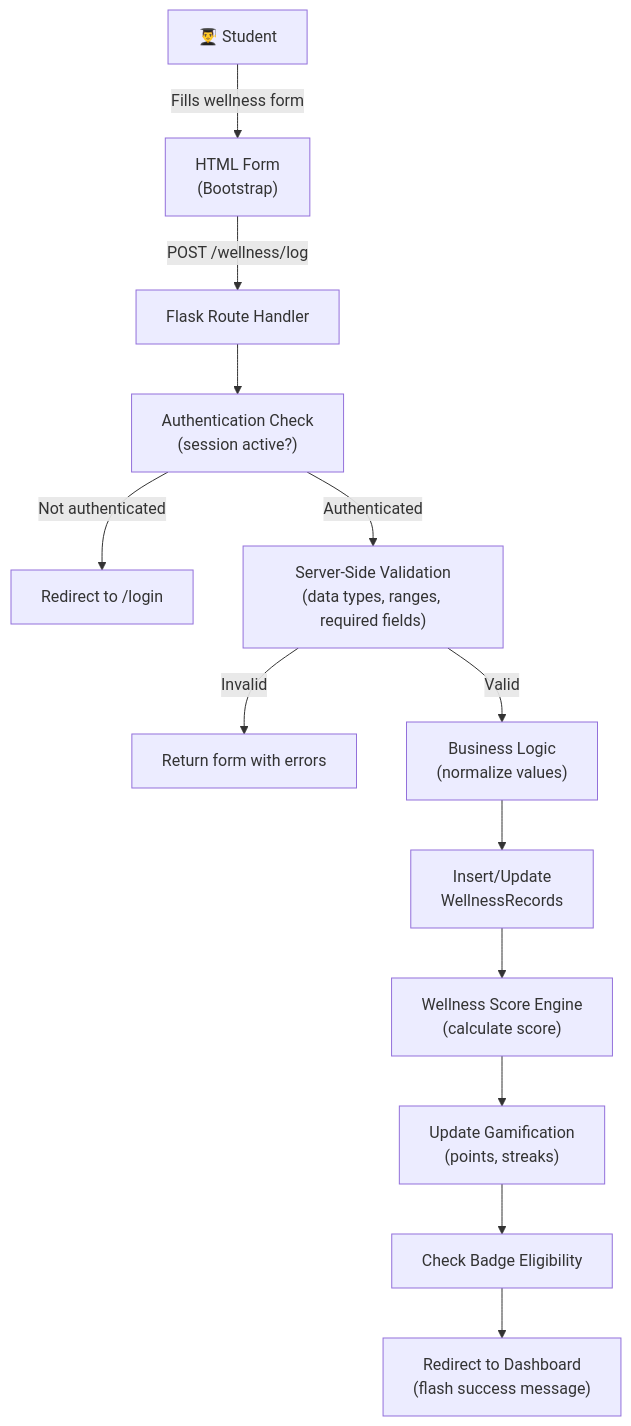
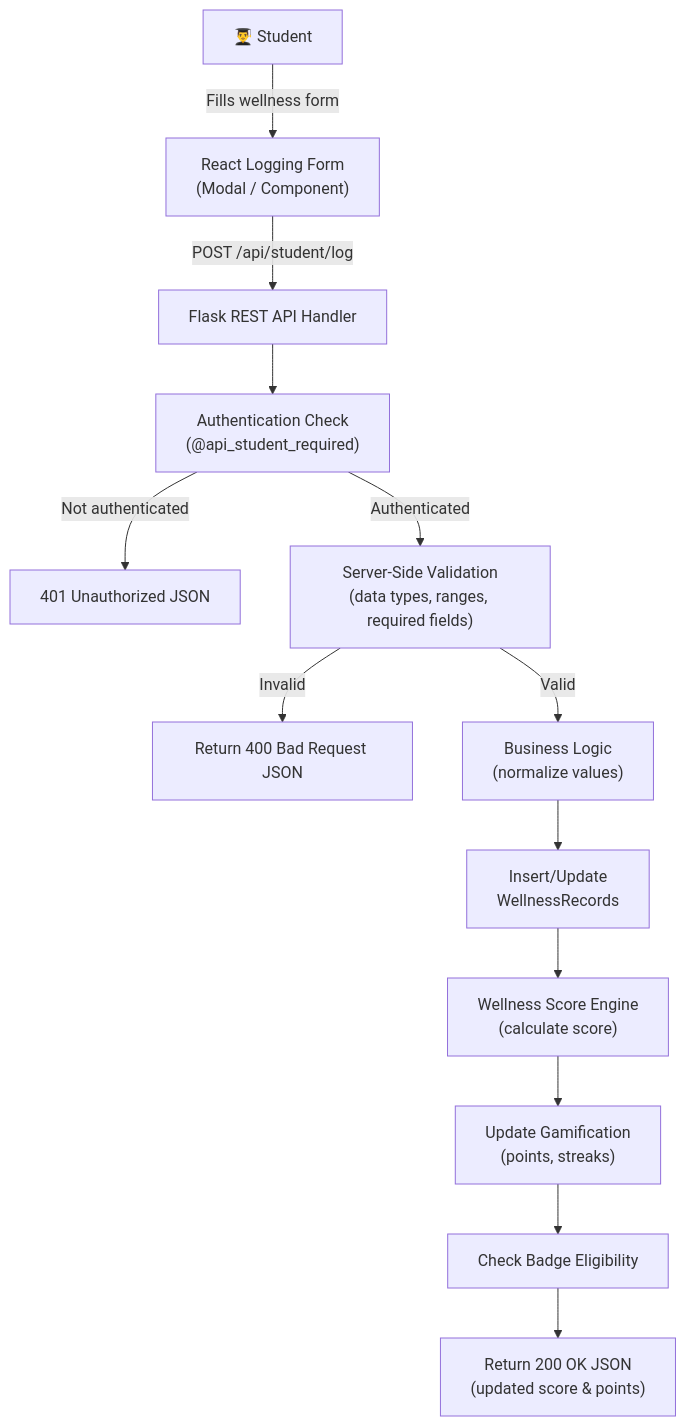
One commit to goxxie08/Wellvia changed the eighth of 21 diagrams in ARCHITECTURE.md. Above: the diagram before and after it, drawn with Mermaid. The commit also changed other lines of this file and 2 other files, not shown here.

````diff
--- a/ARCHITECTURE.md
+++ b/ARCHITECTURE.md
@@ -649,15 +667,15 @@
 ```mermaid
 flowchart TD
-    A["👨‍🎓 Student"] -->|"Fills wellness form"| B["HTML Form<br/>(Bootstrap)"]
-    B -->|"POST /wellness/log"| C["Flask Route Handler"]
-    C --> D["Authentication Check<br/>(session active?)"]
-    D -->|"Not authenticated"| E["Redirect to /login"]
+    A["👨‍🎓 Student"] -->|"Fills wellness form"| B["React Logging Form<br/>(Modal / Component)"]
+    B -->|"POST /api/student/log"| C["Flask REST API Handler"]
+    C --> D["Authentication Check<br/>(@api_student_required)"]
+    D -->|"Not authenticated"| E["401 Unauthorized JSON"]
     D -->|"Authenticated"| F["Server-Side Validation<br/>(data types, ranges, required fields)"]
-    F -->|"Invalid"| G["Return form with errors"]
+    F -->|"Invalid"| G["Return 400 Bad Request JSON"]
     F -->|"Valid"| H["Business Logic<br/>(normalize values)"]
     H --> I["Insert/Update<br/>WellnessRecords"]
     I --> J["Wellness Score Engine<br/>(calculate score)"]
     J --> K["Update Gamification<br/>(points, streaks)"]
     K --> L["Check Badge Eligibility"]
-    L --> M["Redirect to Dashboard<br/>(flash success message)"]
+    L --> M["Return 200 OK JSON<br/>(updated score & points)"]
 ```
````
